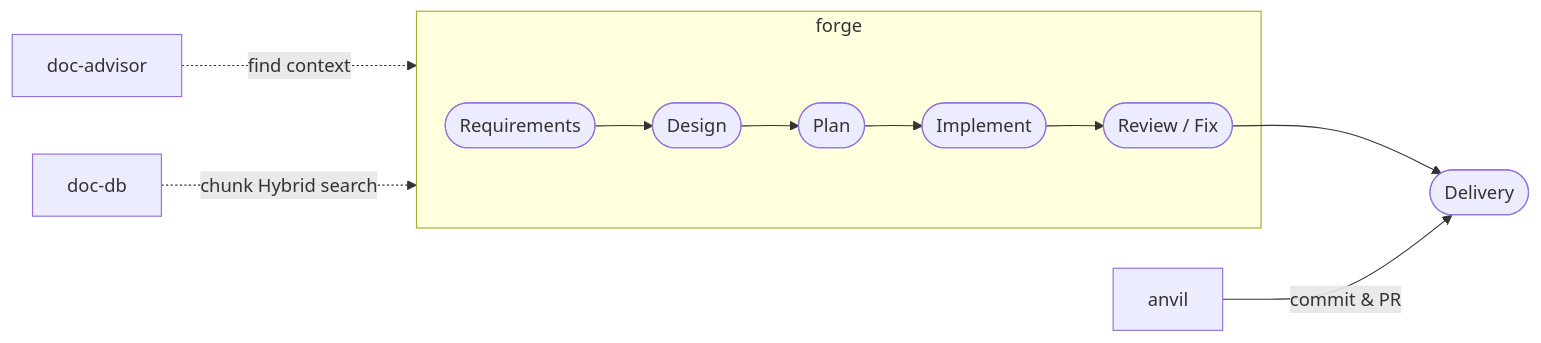
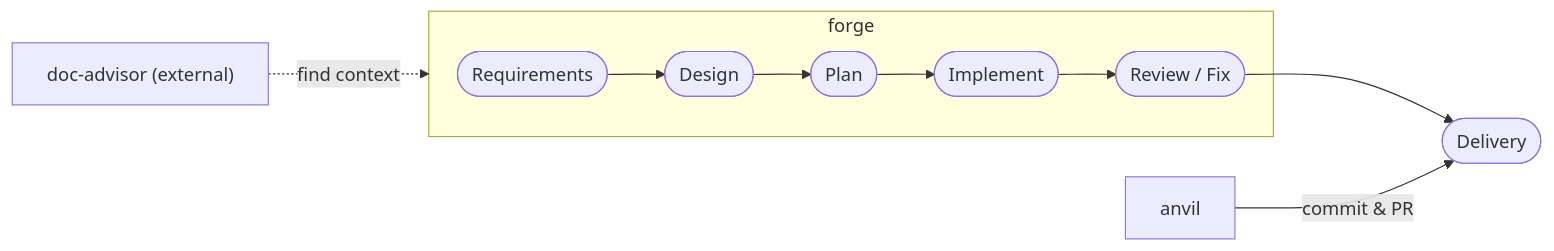
The first of 2 diagrams in README_en.md (BlueEventHorizon/bw-cc-plugins), drawn with Mermaid before and after one commit. The commit also changed other lines of this file and 46 other files, not shown here.

````diff
--- a/README_en.md
+++ b/README_en.md
@@ -26,10 +26,9 @@
 ```mermaid
 flowchart LR
     subgraph forge
         R([Requirements]) --> D([Design]) --> P([Plan]) --> I([Implement]) --> RF([Review / Fix])
     end
     RF --> DL([Delivery])
-    DA[doc-advisor] -. find context .-> forge
-    DB[doc-db] -. chunk Hybrid search .-> forge
+    DA["doc-advisor (external)"] -. find context .-> forge
     AV[anvil] -- commit & PR --> DL
 ```
````
